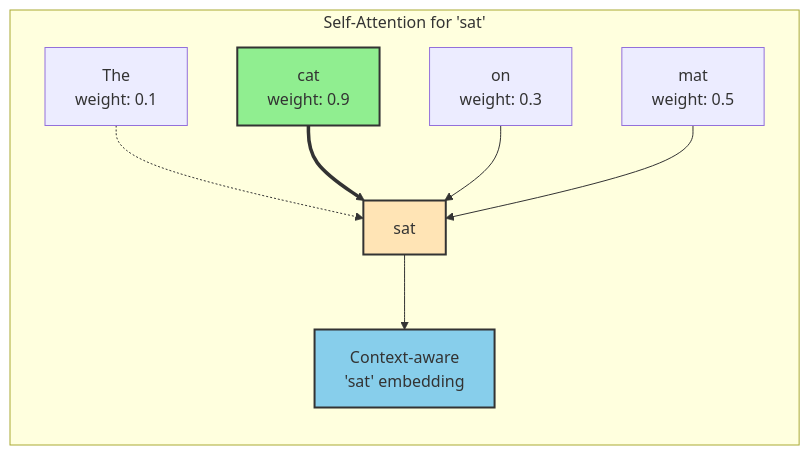
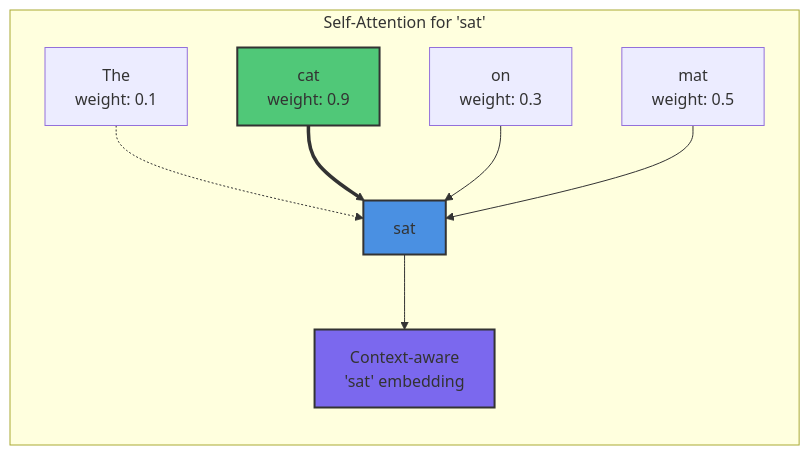
Before and after one commit to tenstorrent/tt-vscode-toolkit: the third of 13 diagrams in content/lessons/ct7-architecture-basics.md, drawn with Mermaid. The commit also changed other lines of this file and 9 other files, not shown here.

````diff
--- a/content/lessons/ct7-architecture-basics.md
+++ b/content/lessons/ct7-architecture-basics.md
@@ -206,14 +206,14 @@
 ```mermaid
 graph LR
     subgraph "Self-Attention for 'sat'"
         A[The<br/>weight: 0.1] -.-> E[sat]
         B[cat<br/>weight: 0.9] ==> E
         C[on<br/>weight: 0.3] --> E
         D[mat<br/>weight: 0.5] --> E
         E --> F[Context-aware<br/>'sat' embedding]
     end
 
-    style B fill:#90EE90,stroke:#333,stroke-width:2px
-    style E fill:#FFE4B5,stroke:#333,stroke-width:2px
-    style F fill:#87CEEB,stroke:#333,stroke-width:2px
+    style B fill:#50C878,stroke:#333,stroke-width:2px
+    style E fill:#4A90E2,stroke:#333,stroke-width:2px
+    style F fill:#7B68EE,stroke:#333,stroke-width:2px
 ```
````
